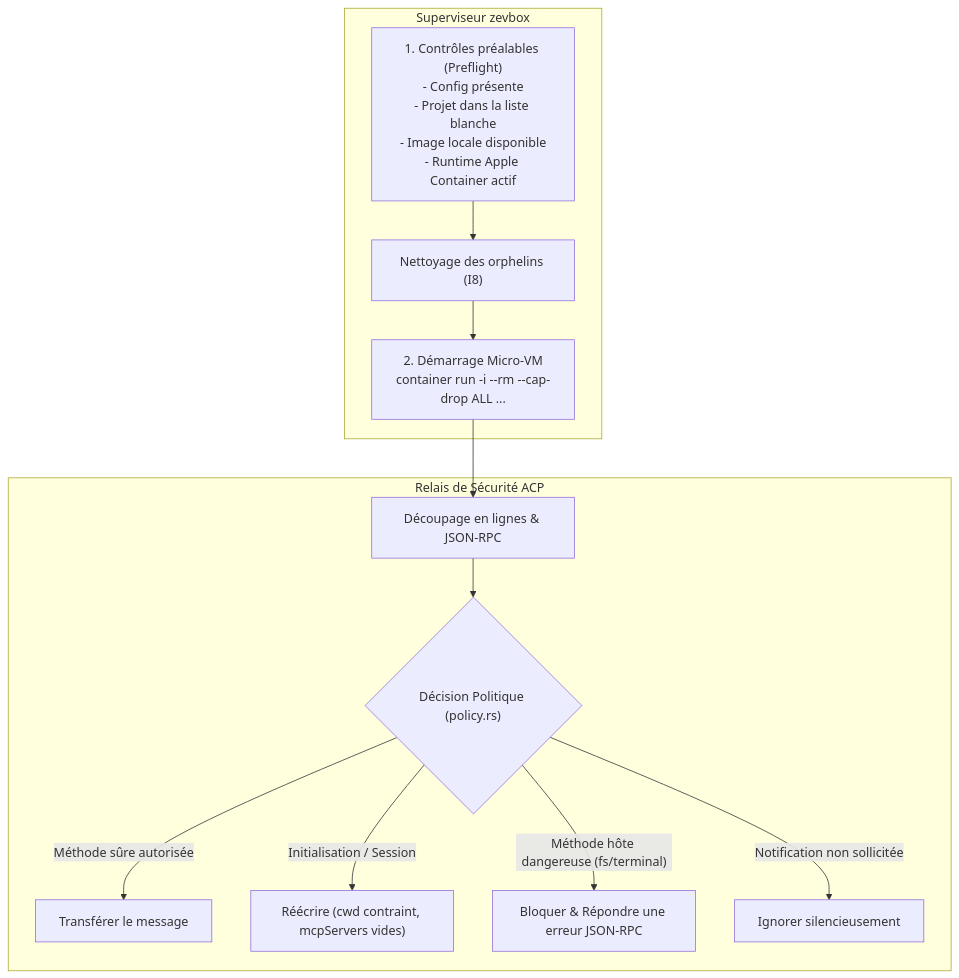
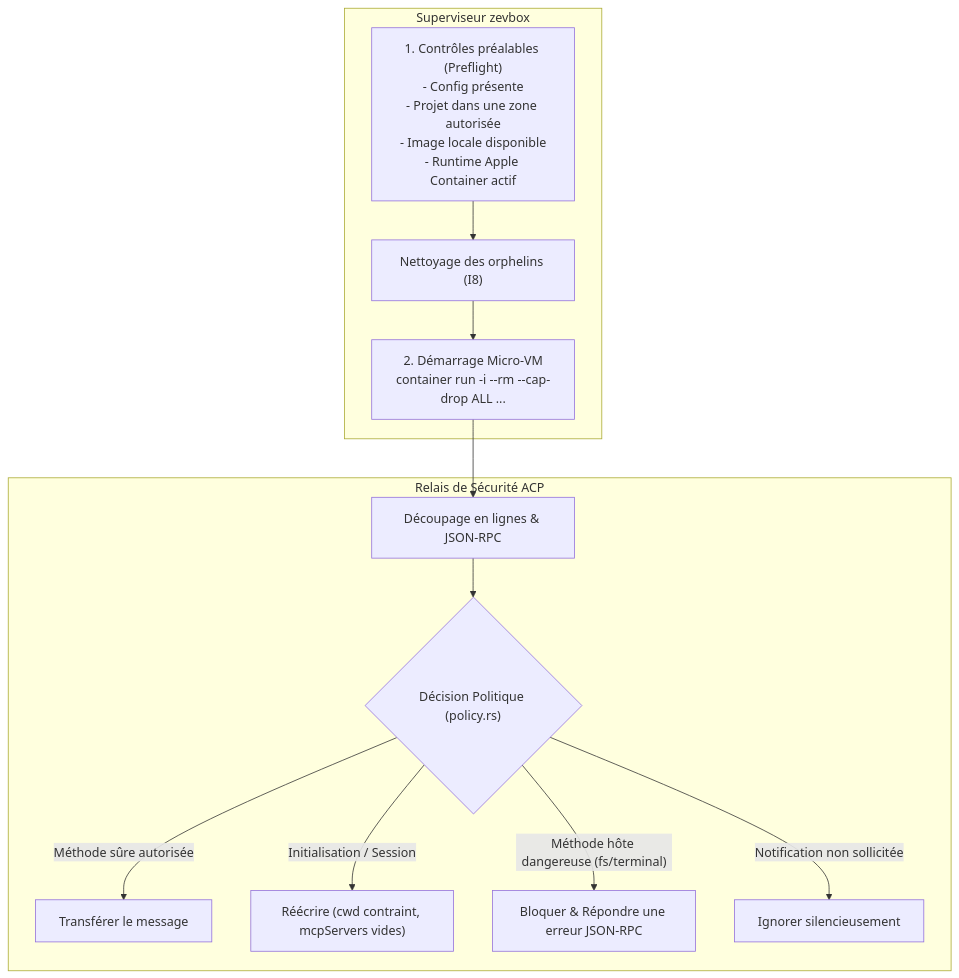
Before and after one commit to brainztorm/zevbox: the third of 7 diagrams in docs/fr/ARCHITECTURE.md, drawn with Mermaid. The commit also changed other lines of this file and 25 other files, not shown here.

````diff
--- a/docs/fr/ARCHITECTURE.md
+++ b/docs/fr/ARCHITECTURE.md
@@ -114,26 +114,26 @@
 ```mermaid
 flowchart TD
     subgraph SupervisorArea ["Superviseur zevbox"]
-        Preflight["1. Contrôles préalables (Preflight)\n- Config présente\n- Projet dans la liste blanche\n- Image locale disponible\n- Runtime Apple Container actif"]
+        Preflight["1. Contrôles préalables (Preflight)\n- Config présente\n- Projet dans une zone autorisée\n- Image locale disponible\n- Runtime Apple Container actif"]
         Spawn["2. Démarrage Micro-VM\ncontainer run -i --rm --cap-drop ALL ..."]
         CleanOrphans["Nettoyage des orphelins (I8)"]
     end
 
     subgraph RelayArea ["Relais de Sécurité ACP"]
         Parser["Découpage en lignes & JSON-RPC"]
         PolicyCheck{"Décision Politique (policy.rs)"}
         Forward["Transférer le message"]
         Rewrite["Réécrire (cwd contraint, mcpServers vides)"]
         Block["Bloquer & Répondre une erreur JSON-RPC"]
         Drop["Ignorer silencieusement"]
     end
 
     Preflight --> CleanOrphans
     CleanOrphans --> Spawn
     Spawn --> Parser
     Parser --> PolicyCheck
     PolicyCheck -->|"Méthode sûre autorisée"| Forward
     PolicyCheck -->|"Initialisation / Session"| Rewrite
     PolicyCheck -->|"Méthode hôte dangereuse (fs/terminal)"| Block
     PolicyCheck -->|"Notification non sollicitée"| Drop
 ```
````
